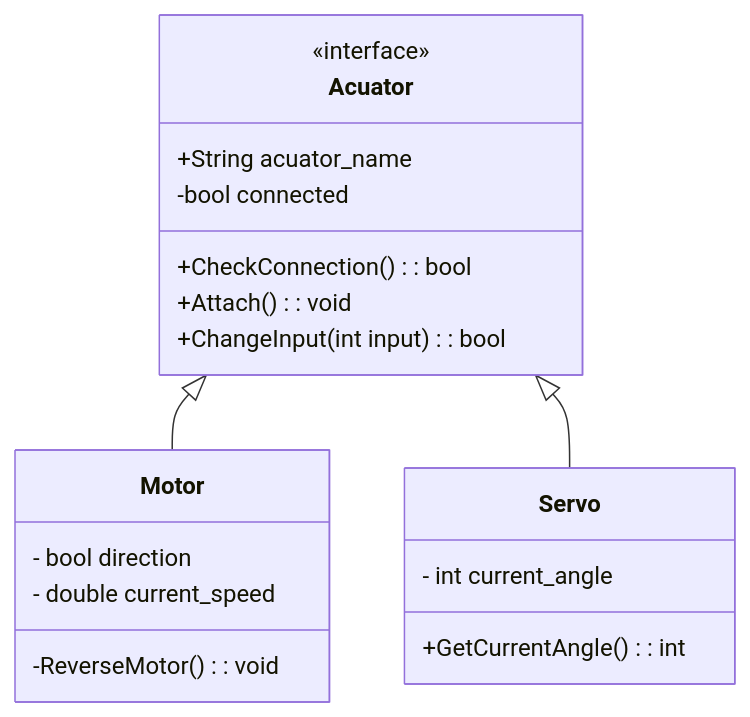
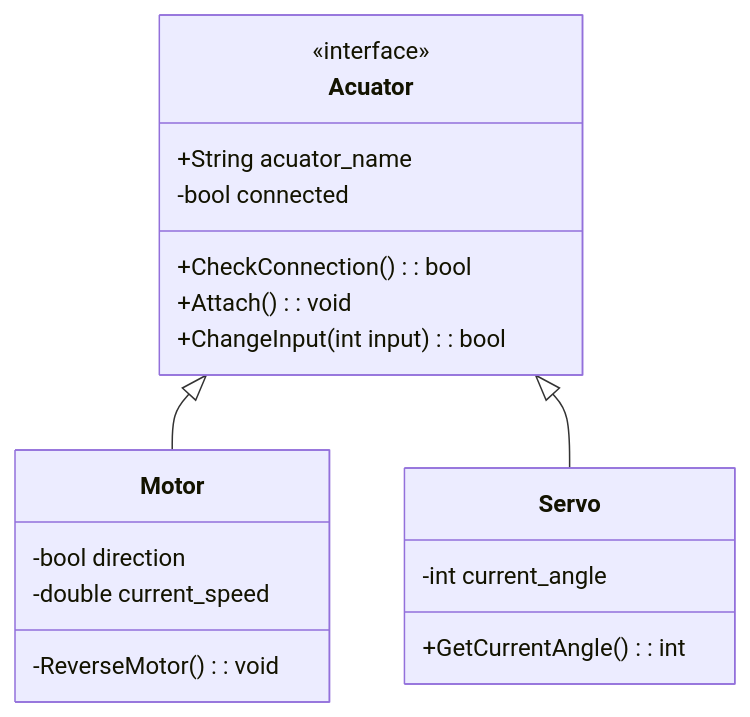
Before and after one commit to ubcuas/Airdrop-Software-2022: the second of 3 diagrams in docs/DESIGN.md, drawn with Mermaid. The commit also changed other lines of this file, not shown here.

````diff
--- a/docs/DESIGN.md
+++ b/docs/DESIGN.md
@@ -113,26 +113,26 @@
 ```mermaid
 classDiagram
 
 class Acuator {
  <<interface>>
  +String acuator_name
  -bool connected
  +CheckConnection(): bool
  +Attach(): void
  +ChangeInput(int input): bool
 }
 
 
 Acuator <|-- Motor
 class Motor {
-  - bool direction
-  - double current_speed
+  -bool direction
+  -double current_speed
   -ReverseMotor(): void
 }
 
 Acuator <|-- Servo
 class Servo {
-  - int current_angle
+  -int current_angle
   +GetCurrentAngle(): int
 }
 ```
````
